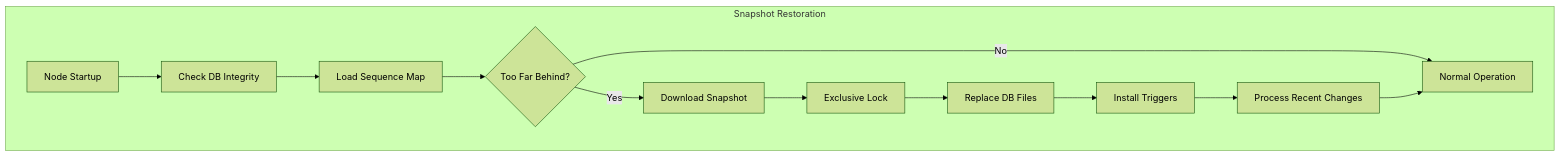
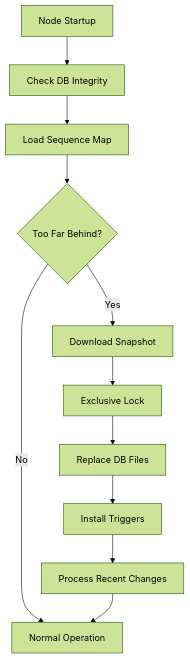
One commit to wongfei2009/harmonylite changed the fifth of 7 diagrams in docs/docs/internals.md. Above: the diagram before and after it, drawn with Mermaid (forest theme). The commit also changed other lines of this file, not shown here.

````diff
--- a/docs/docs/internals.md
+++ b/docs/docs/internals.md
@@ -194,15 +234,13 @@
 ```mermaid
 graph TB
-    subgraph "Snapshot Restoration"
-        I[Node Startup] --> J[Check DB Integrity]
-        J --> K[Load Sequence Map]
-        K --> L{Too Far Behind?}
-        L -->|Yes| M[Download Snapshot]
-        L -->|No| R[Normal Operation]
-        M --> N[Exclusive Lock]
-        N --> O[Replace DB Files]
-        O --> P[Install Triggers]
-        P --> Q[Process Recent Changes]
-        Q --> R
-    end
+    I[Node Startup] --> J[Check DB Integrity]
+    J --> K[Load Sequence Map]
+    K --> L{Too Far Behind?}
+    L -->|Yes| M[Download Snapshot]
+    L -->|No| R[Normal Operation]
+    M --> N[Exclusive Lock]
+    N --> O[Replace DB Files]
+    O --> P[Install Triggers]
+    P --> Q[Process Recent Changes]
+    Q --> R
 ```
````
